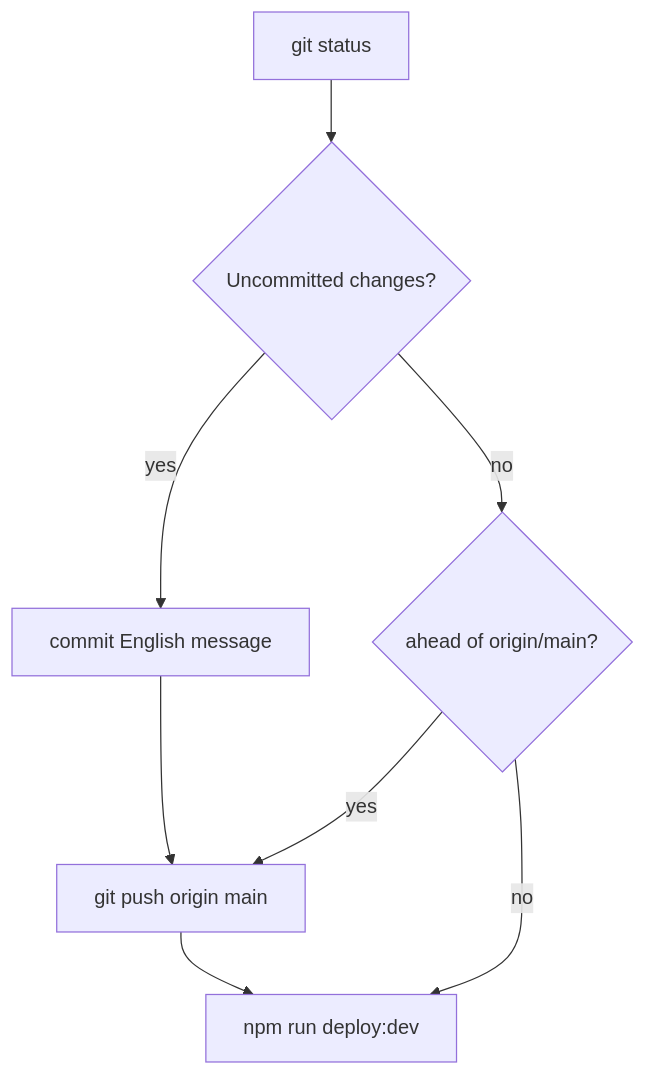
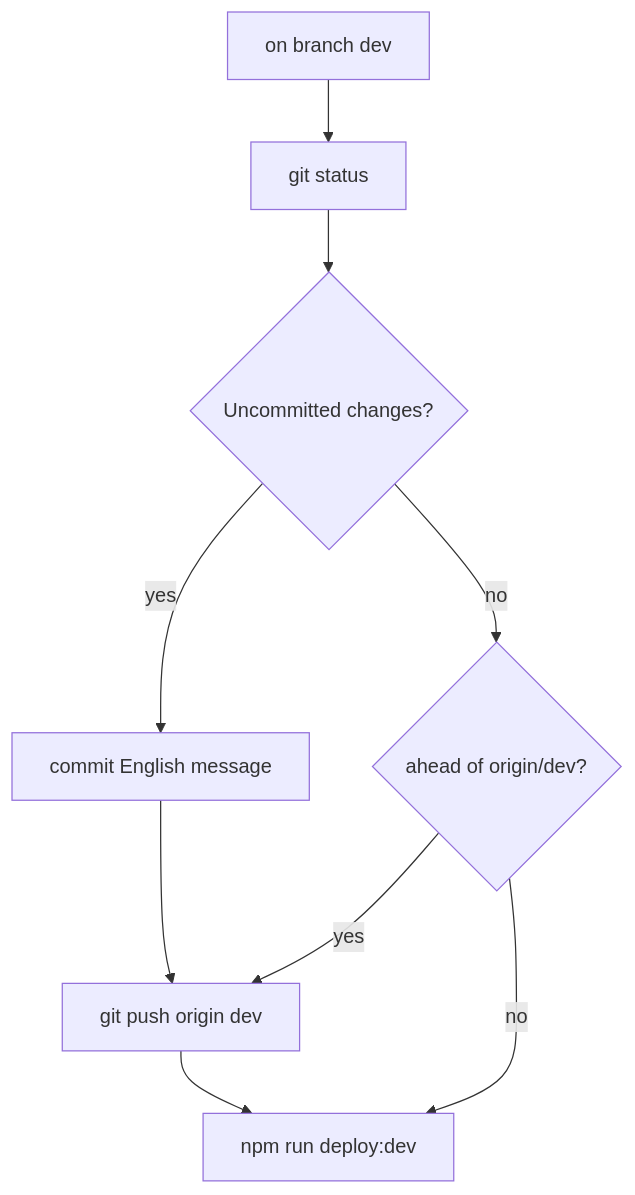
Before and after one commit to irynaBilousSPDev/deAtaCennik: the diagram in .cursor/commands/deploy-dev.md, drawn with Mermaid. The commit also changed other lines of this file and 5 other files, not shown here.

````diff
--- a/.cursor/commands/deploy-dev.md
+++ b/.cursor/commands/deploy-dev.md
@@ -7,10 +16,11 @@
 ```mermaid
 flowchart TD
-  A[git status] --> B{Uncommitted changes?}
-  B -->|yes| C[commit English message]
-  B -->|no| D{ahead of origin/main?}
-  C --> E[git push origin main]
-  D -->|yes| E
-  D -->|no| F[npm run deploy:dev]
-  E --> F
+  A[on branch dev] --> B[git status]
+  B --> C{Uncommitted changes?}
+  C -->|yes| D[commit English message]
+  C -->|no| E{ahead of origin/dev?}
+  D --> F[git push origin dev]
+  E -->|yes| F
+  E -->|no| G[npm run deploy:dev]
+  F --> G
 ```
````
